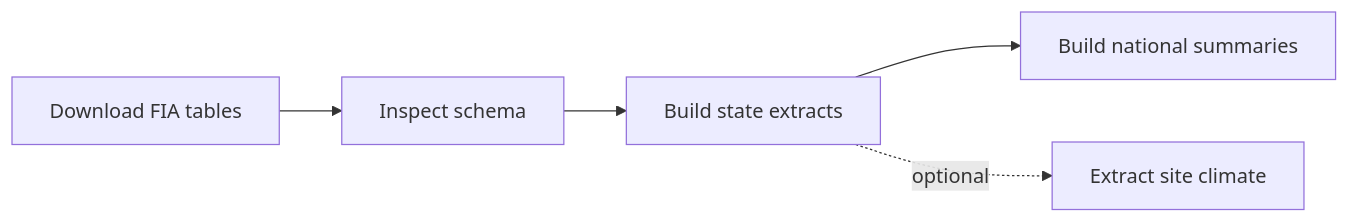
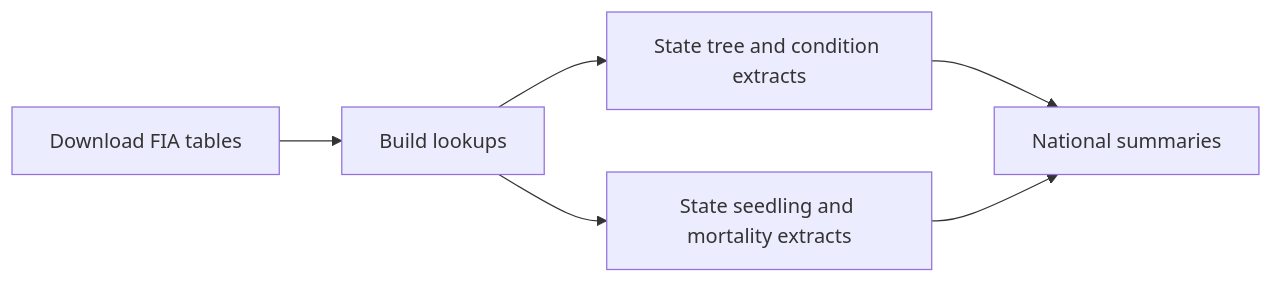
One commit to rellimylime/forest-data-compilation changed the diagram in 05_fia/README.md. Above: the diagram before and after it, drawn with Mermaid. The commit also changed other lines of this file and 10 other files, not shown here.

Commit message:
Organize FIA summaries and site climate scripts

````diff
--- a/05_fia/README.md
+++ b/05_fia/README.md
@@ -35,7 +17,8 @@
 ```mermaid
 flowchart LR
-  A[Download FIA tables] --> B[Inspect schema]
-  B --> C[Build state extracts]
-  C --> D[Build national summaries]
-  C -. optional .-> E[Extract site climate]
+  A[Download FIA tables] --> B[Build lookups]
+  B --> C[State tree and condition extracts]
+  B --> D[State seedling and mortality extracts]
+  C --> E[National summaries]
+  D --> E
 ```
````
